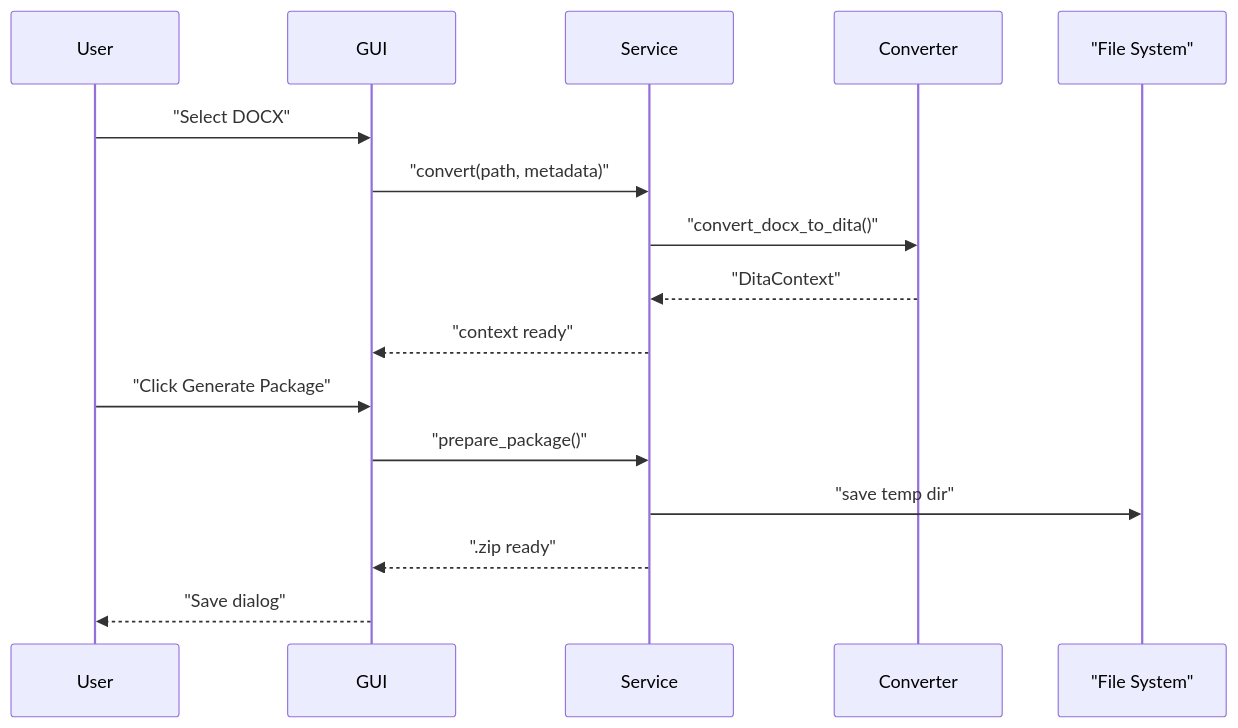
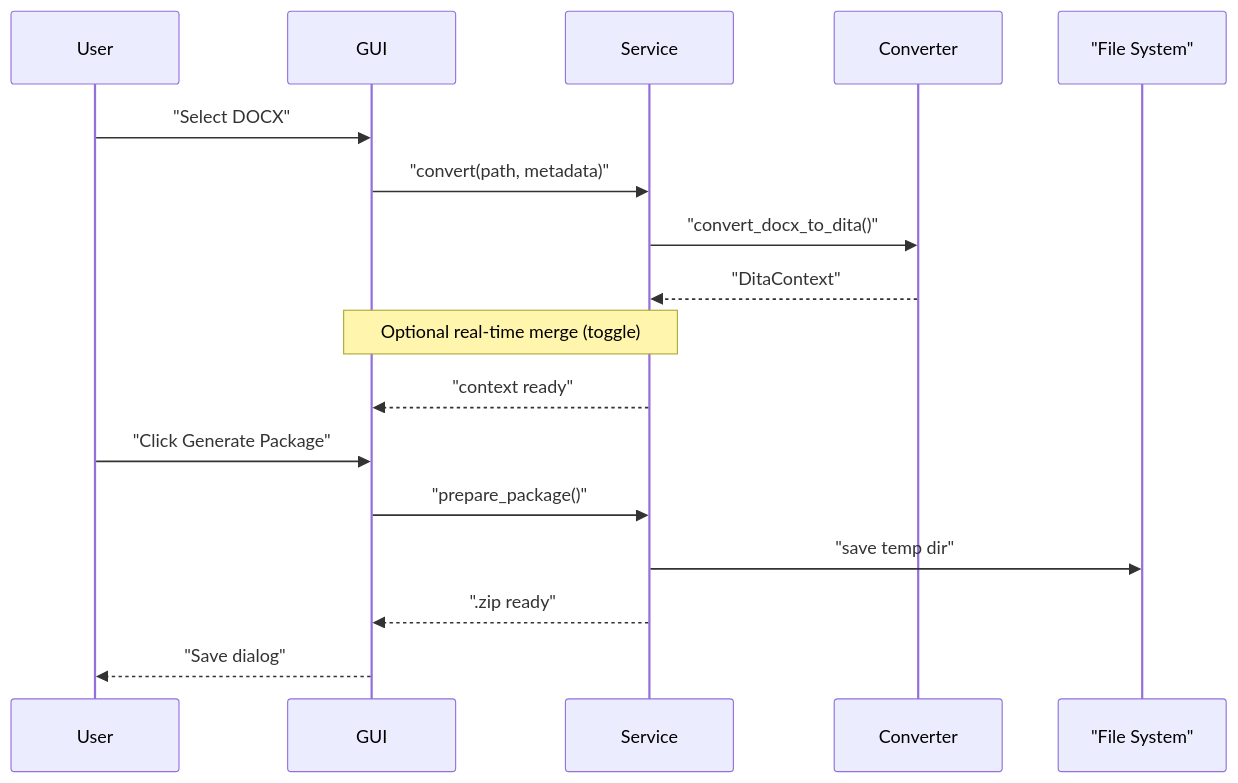
One commit to Orsso/orlando-toolkit changed the diagram in docs/runtime_flow.md. Above: the diagram before and after it, drawn with Mermaid. The commit also changed 13 other files, not shown here.

````diff
--- a/docs/runtime_flow.md
+++ b/docs/runtime_flow.md
@@ -3,19 +3,20 @@
 ```mermaid
 sequenceDiagram
     participant User
     participant GUI
     participant Service
     participant Converter
     participant FS as "File System"
 
     User->>GUI: "Select DOCX"
     GUI->>Service: "convert(path, metadata)"
     Service->>Converter: "convert_docx_to_dita()"
     Converter-->>Service: "DitaContext"
+    Note over GUI,Service: Optional real-time merge (toggle)
     Service-->>GUI: "context ready"
     User->>GUI: "Click Generate Package"
     GUI->>Service: "prepare_package()"
     Service->>FS: "save temp dir"
     Service-->>GUI: ".zip ready"
     GUI-->>User: "Save dialog"
 ```
````
